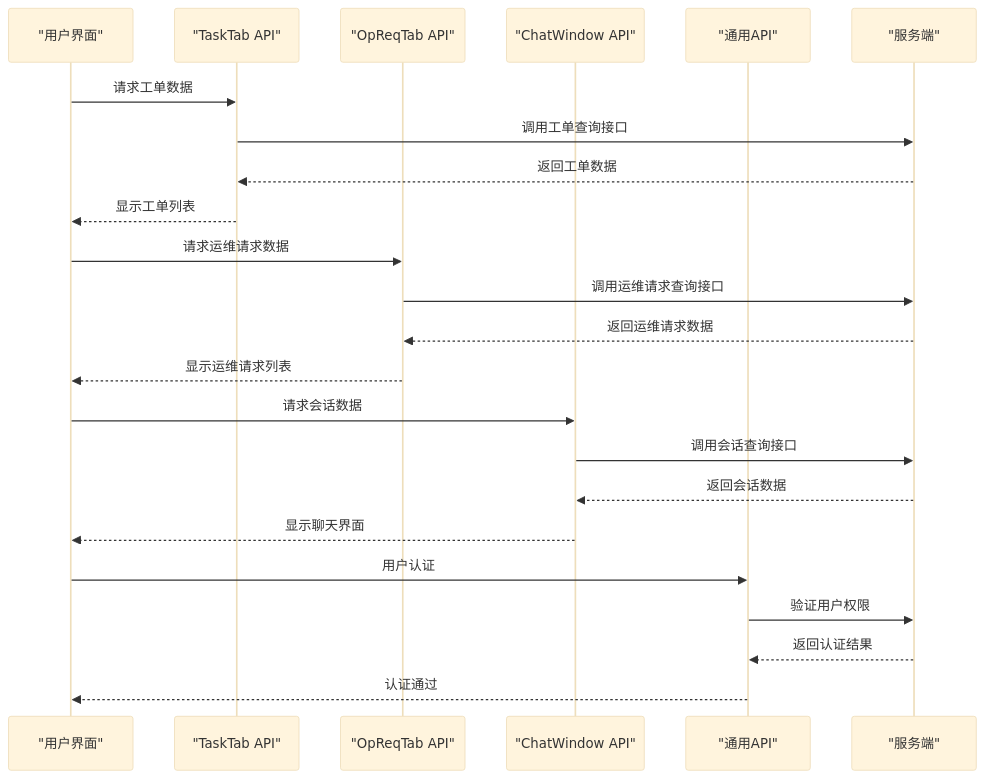
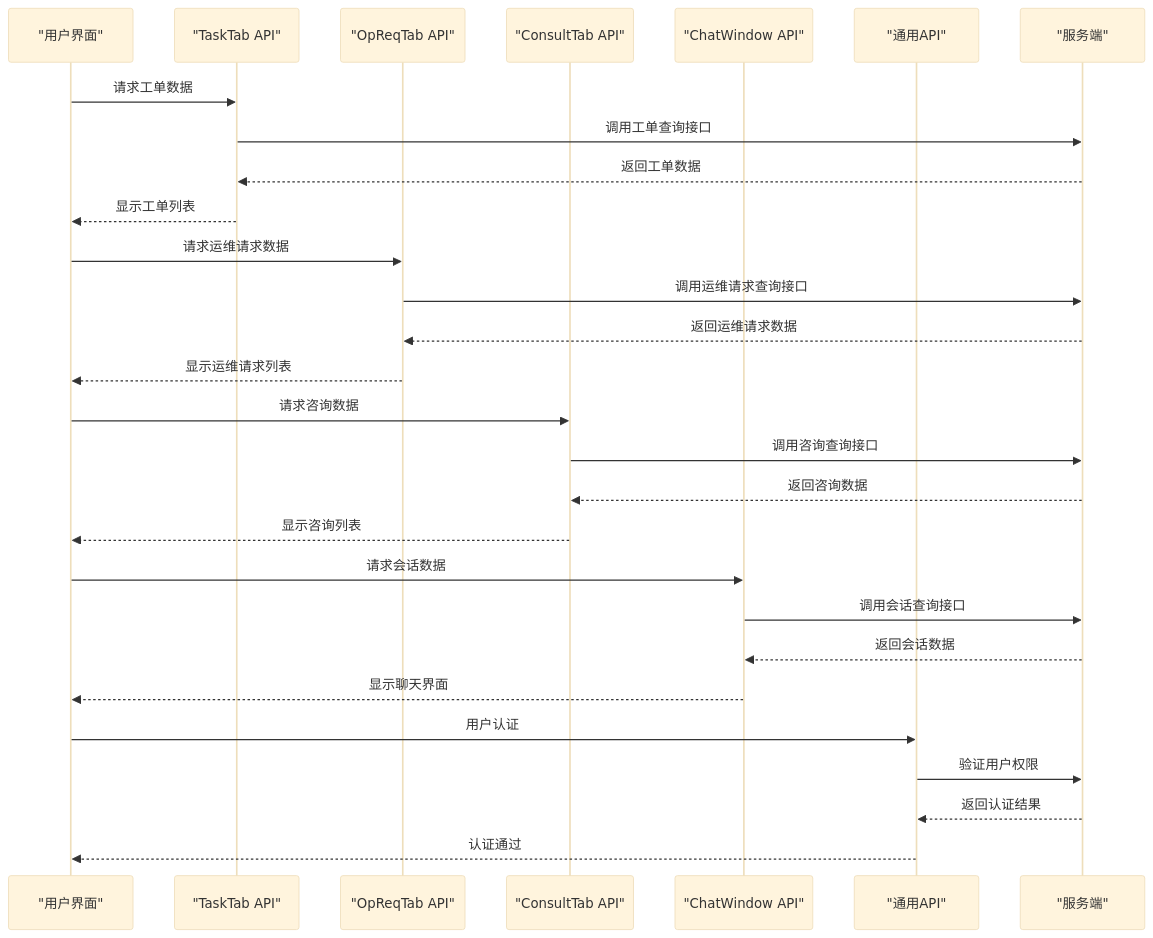
One commit to xiaoche80s-tech/rouyi-vue-pro changed diagram 20 of 22 in .qoder/repowiki/zh/content/核心模块/客户服务模块.md. Above: the diagram before and after it, drawn with Mermaid (base theme). The commit also changed other lines of this file and 331 other files, not shown here.

````diff
--- a/.qoder/repowiki/zh/content/核心模块/客户服务模块.md
+++ b/.qoder/repowiki/zh/content/核心模块/客户服务模块.md
@@ -809,25 +1005,30 @@
 ```mermaid
 sequenceDiagram
 participant UI as "用户界面"
 participant TASK_API as "TaskTab API"
 participant OPREQ_API as "OpReqTab API"
+participant CONSULT_API as "ConsultTab API"
 participant CHAT_API as "ChatWindow API"
 participant COMMON_API as "通用API"
 participant SERVER as "服务端"
 UI->>TASK_API : 请求工单数据
 TASK_API->>SERVER : 调用工单查询接口
 SERVER-->>TASK_API : 返回工单数据
 TASK_API-->>UI : 显示工单列表
 UI->>OPREQ_API : 请求运维请求数据
 OPREQ_API->>SERVER : 调用运维请求查询接口
 SERVER-->>OPREQ_API : 返回运维请求数据
 OPREQ_API-->>UI : 显示运维请求列表
+UI->>CONSULT_API : 请求咨询数据
+CONSULT_API->>SERVER : 调用咨询查询接口
+SERVER-->>CONSULT_API : 返回咨询数据
+CONSULT_API-->>UI : 显示咨询列表
 UI->>CHAT_API : 请求会话数据
 CHAT_API->>SERVER : 调用会话查询接口
 SERVER-->>CHAT_API : 返回会话数据
 CHAT_API-->>UI : 显示聊天界面
 UI->>COMMON_API : 用户认证
 COMMON_API->>SERVER : 验证用户权限
 SERVER-->>COMMON_API : 返回认证结果
 COMMON_API-->>UI : 认证通过
 ```
````
